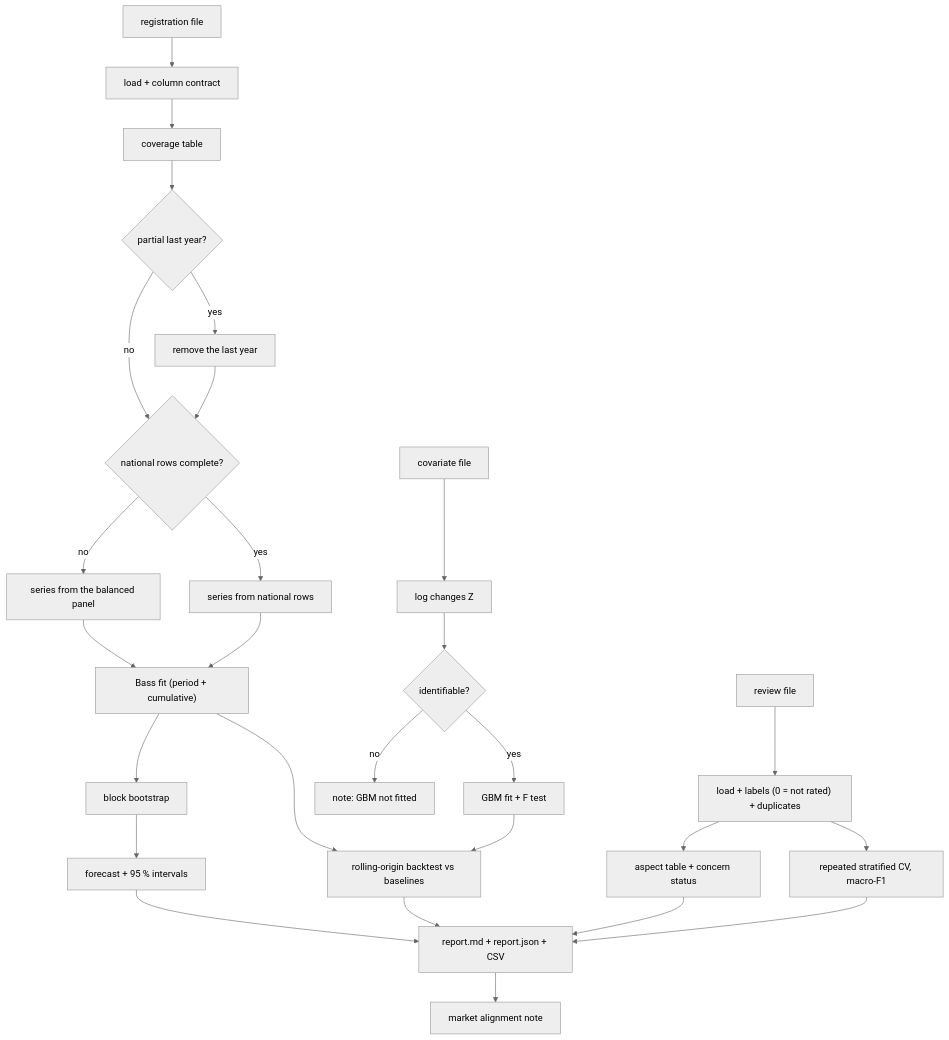
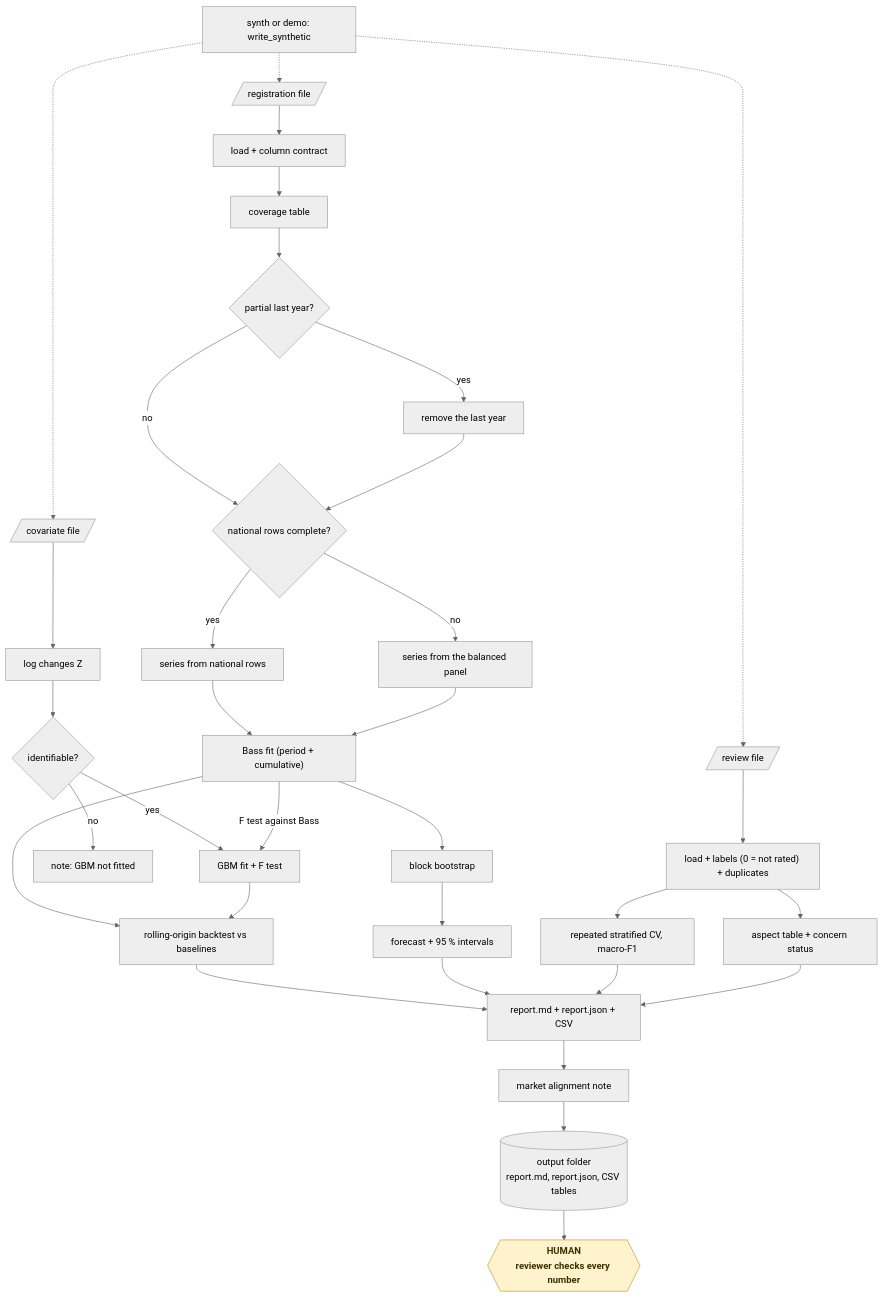
The fourth of 18 diagrams in README.md (KrishnaAnnavaram/ev-diffusion), drawn with Mermaid (neutral theme) before and after one commit.

Commit message:
Redraw the full flow diagram in the standard style

````diff
--- a/README.md
+++ b/README.md
@@ -271,29 +271,38 @@
 ```mermaid
-flowchart TB
-    R["registration file"] --> L1["load + column contract"]
+flowchart TD
+    SY["synth or demo: write_synthetic"] -.-> R
+    SY -.-> C
+    SY -.-> V
+    R[/"registration file"/] --> L1["load + column contract"]
     L1 --> COV["coverage table"]
     COV --> PY{"partial last year?"}
     PY -->|"yes"| DROP["remove the last year"]
     PY -->|"no"| SRC
     DROP --> SRC{"national rows complete?"}
     SRC -->|"yes"| NAT["series from national rows"]
     SRC -->|"no"| BAL["series from the balanced panel"]
     NAT --> FIT["Bass fit (period + cumulative)"]
     BAL --> FIT
-    C["covariate file"] --> Z["log changes Z"]
+    C[/"covariate file"/] --> Z["log changes Z"]
     Z --> ID{"identifiable?"}
     ID -->|"yes"| GBM["GBM fit + F test"]
     ID -->|"no"| NOTE["note: GBM not fitted"]
+    FIT -->|"F test against Bass"| GBM
     FIT --> BT["rolling-origin backtest vs baselines"]
     GBM --> BT
     FIT --> BOOT["block bootstrap"]
     BOOT --> FC["forecast + 95 % intervals"]
-    V["review file"] --> L2["load + labels (0 = not rated) + duplicates"]
+    V[/"review file"/] --> L2["load + labels (0 = not rated) + duplicates"]
     L2 --> CV["repeated stratified CV, macro-F1"]
     L2 --> ASP["aspect table + concern status"]
     BT --> REP["report.md + report.json + CSV"]
     FC --> REP
     CV --> REP
     ASP --> REP
     REP --> MK["market alignment note"]
+    MK --> OUT[("output folder<br/>report.md, report.json, CSV tables")]
+    OUT --> HUMAN{{"HUMAN<br/>reviewer checks every number"}}
+
+    classDef human fill:#fff3cd,stroke:#b8901f,color:#3d2f00,font-weight:bold
+    class HUMAN human
 ```
````
